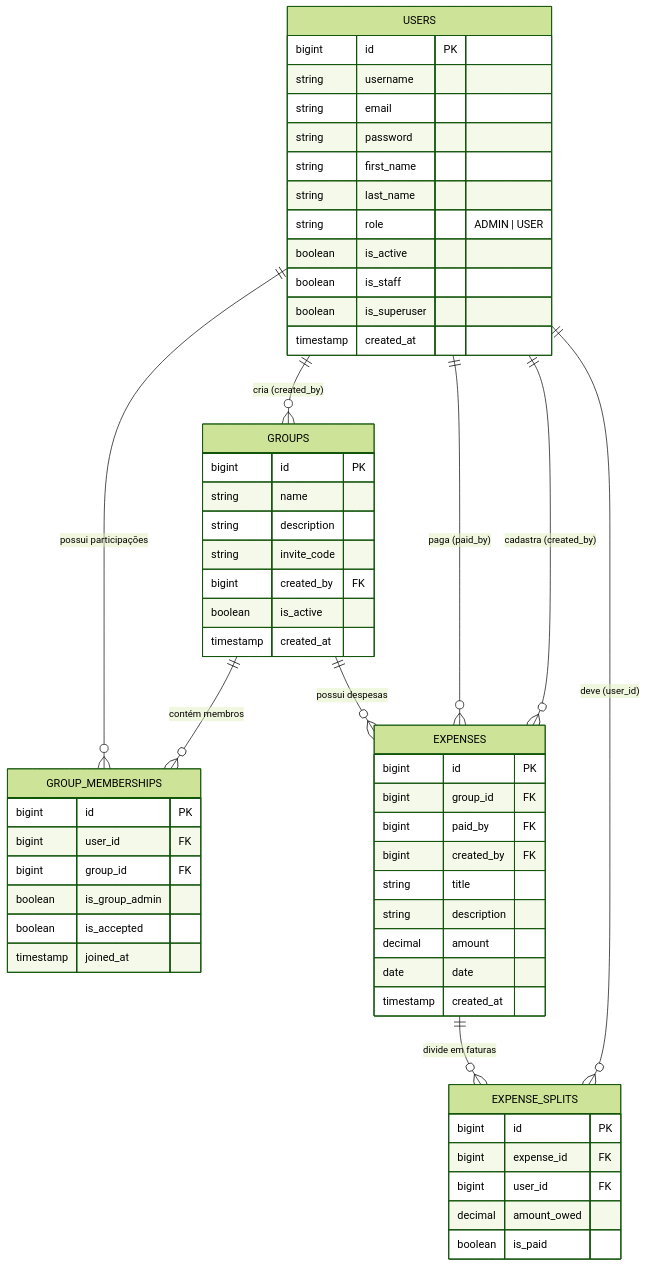
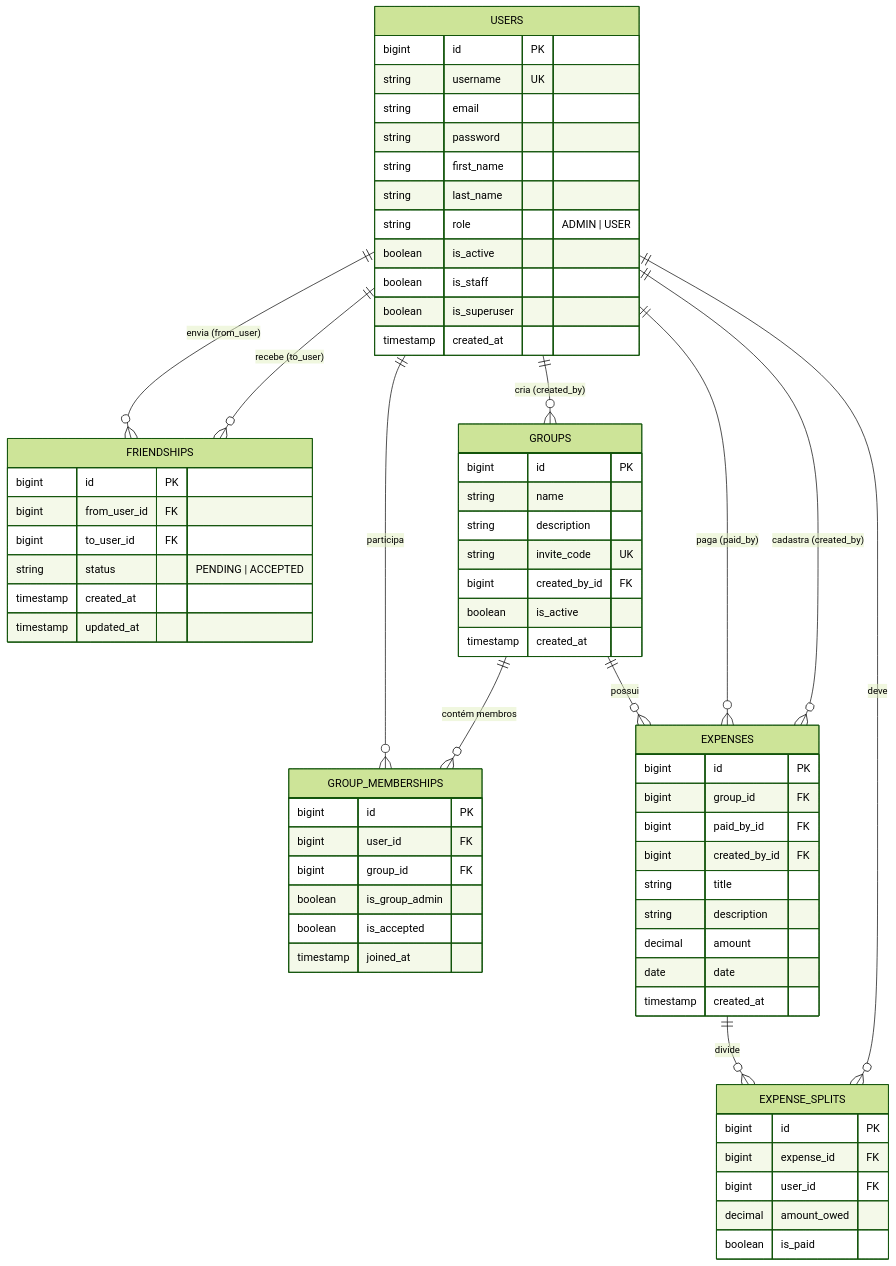
The diagram in README.md (CaioBFM/gestao-despesas-django), drawn with Mermaid (forest theme) before and after one commit. The commit also changed other lines of this file, not shown here.

````diff
--- a/README.md
+++ b/README.md
@@ -172,59 +197,75 @@
 ```mermaid
 erDiagram
+    USERS ||--o{ FRIENDSHIPS : "envia (from_user)"
+    USERS ||--o{ FRIENDSHIPS : "recebe (to_user)"
     USERS ||--o{ GROUPS : "cria (created_by)"
-    USERS ||--o{ GROUP_MEMBERSHIPS : "possui participações"
+    USERS ||--o{ GROUP_MEMBERSHIPS : "participa"
     GROUPS ||--o{ GROUP_MEMBERSHIPS : "contém membros"
-    GROUPS ||--o{ EXPENSES : "possui despesas"
+    GROUPS ||--o{ EXPENSES : "possui"
     USERS ||--o{ EXPENSES : "paga (paid_by)"
     USERS ||--o{ EXPENSES : "cadastra (created_by)"
-    EXPENSES ||--o{ EXPENSE_SPLITS : "divide em faturas"
-    USERS ||--o{ EXPENSE_SPLITS : "deve (user_id)"
+    EXPENSES ||--o{ EXPENSE_SPLITS : "divide"
+    USERS ||--o{ EXPENSE_SPLITS : "deve"
+
     USERS {
         bigint id PK
-        string username
+        string username UK
         string email
         string password
         string first_name
         string last_name
         string role "ADMIN | USER"
         boolean is_active
         boolean is_staff
         boolean is_superuser
         timestamp created_at
     }
+
+    FRIENDSHIPS {
+        bigint id PK
+        bigint from_user_id FK
+        bigint to_user_id FK
+        string status "PENDING | ACCEPTED"
+        timestamp created_at
+        timestamp updated_at
+    }
+
     GROUPS {
         bigint id PK
         string name
         string description
-        string invite_code
-        bigint created_by FK
+        string invite_code UK
+        bigint created_by_id FK
         boolean is_active
         timestamp created_at
     }
+
     GROUP_MEMBERSHIPS {
         bigint id PK
         bigint user_id FK
         bigint group_id FK
         boolean is_group_admin
         boolean is_accepted
         timestamp joined_at
     }
+
     EXPENSES {
         bigint id PK
         bigint group_id FK
-        bigint paid_by FK
-        bigint created_by FK
+        bigint paid_by_id FK
+        bigint created_by_id FK
         string title
         string description
         decimal amount
         date date
         timestamp created_at
     }
+
     EXPENSE_SPLITS {
         bigint id PK
         bigint expense_id FK
         bigint user_id FK
         decimal amount_owed
         boolean is_paid
     }
 ```
````
